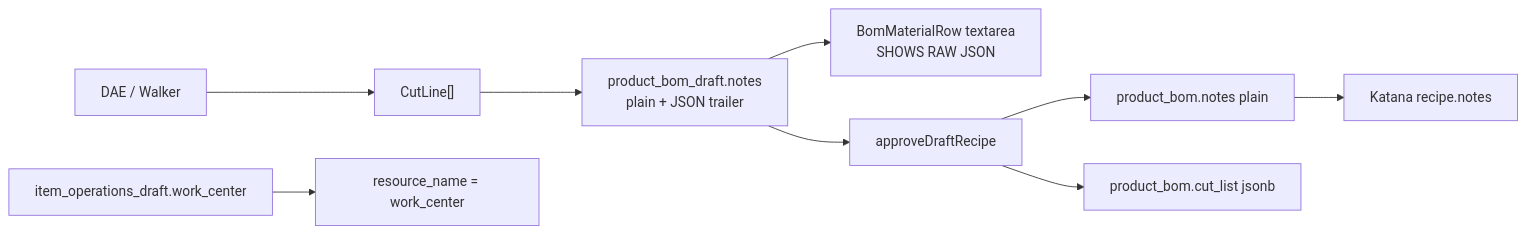
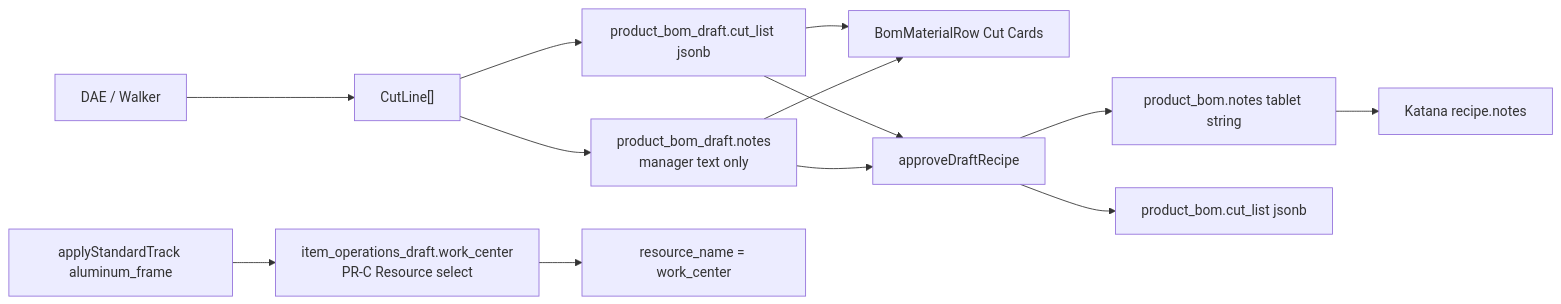
Before and after one commit to RobGDevelopment/ccpatio-audit: the diagram in docs/FACTORY_BOM_KATANA_UX_PLAN.md, drawn with Mermaid. The commit also changed other lines of this file and 218 other files, not shown here.

````diff
--- a/docs/FACTORY_BOM_KATANA_UX_PLAN.md
+++ b/docs/FACTORY_BOM_KATANA_UX_PLAN.md
@@ -28,11 +31,15 @@
 ```mermaid
 flowchart LR
   DAE["DAE / Walker"] --> CUT["CutLine[]"]
-  CUT --> NOTE["product_bom_draft.notes\nplain + JSON trailer"]
-  NOTE --> UI["BomMaterialRow textarea\nSHOWS RAW JSON"]
-  NOTE --> APPROVE["approveDraftRecipe"]
-  APPROVE --> LIVE_N["product_bom.notes plain"]
+  CUT --> COL["product_bom_draft.cut_list jsonb"]
+  CUT --> NOTE["product_bom_draft.notes\nmanager text only"]
+  COL --> UI["BomMaterialRow Cut Cards"]
+  NOTE --> UI
+  COL --> APPROVE["approveDraftRecipe"]
+  NOTE --> APPROVE
+  APPROVE --> LIVE_N["product_bom.notes tablet string"]
   APPROVE --> LIVE_C["product_bom.cut_list jsonb"]
   LIVE_N --> KAT["Katana recipe.notes"]
-  OPS["item_operations_draft.work_center"] --> KOPS["resource_name = work_center"]
+  OPS["item_operations_draft.work_center\nPR-C Resource select"] --> KOPS["resource_name = work_center"]
+  TRACK["applyStandardTrack aluminum_frame"] --> OPS
 ```
````
